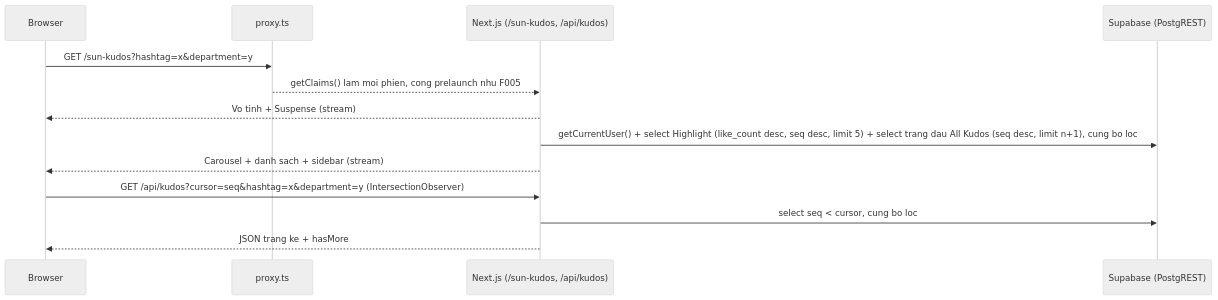
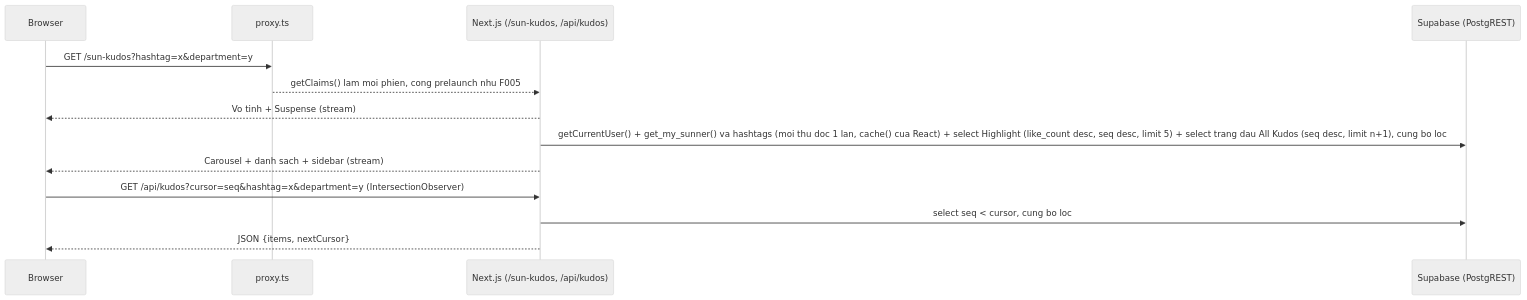
One commit to lannp-3774/agentic-coding-hands-on changed the sixth of 7 diagrams in docs/system/architecture.md. Above: the diagram before and after it, drawn with Mermaid (neutral theme). The commit also changed other lines of this file and 27 other files, not shown here.

````diff
--- a/docs/system/architecture.md
+++ b/docs/system/architecture.md
@@ -318,16 +319,16 @@
 ```mermaid
 sequenceDiagram
     participant U as Browser
     participant P as proxy.ts
     participant N as Next.js (/sun-kudos, /api/kudos)
     participant S as Supabase (PostgREST)
 
     U->>P: GET /sun-kudos?hashtag=x&department=y
     P-->>N: getClaims() lam moi phien, cong prelaunch nhu F005
     N-->>U: Vo tinh + Suspense (stream)
-    N->>S: getCurrentUser() + select Highlight (like_count desc, seq desc, limit 5) + select trang dau All Kudos (seq desc, limit n+1), cung bo loc
+    N->>S: getCurrentUser() + get_my_sunner() va hashtags (moi thu doc 1 lan, cache() cua React) + select Highlight (like_count desc, seq desc, limit 5) + select trang dau All Kudos (seq desc, limit n+1), cung bo loc
     N-->>U: Carousel + danh sach + sidebar (stream)
     U->>N: GET /api/kudos?cursor=seq&hashtag=x&department=y (IntersectionObserver)
     N->>S: select seq < cursor, cung bo loc
-    N-->>U: JSON trang ke + hasMore
+    N-->>U: JSON {items, nextCursor}
 ```
````
